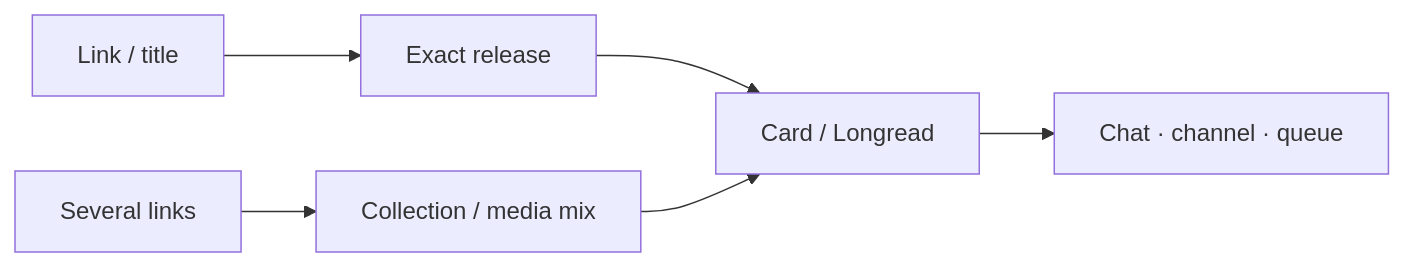
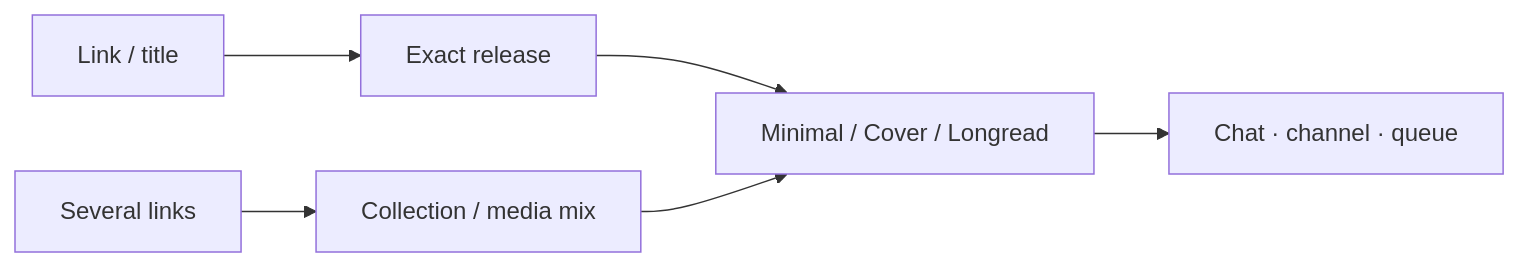
Before and after one commit to StonerHand/stonerhand-soundlinks-bot: the diagram in README.md, drawn with Mermaid. The commit also changed other lines of this file and 30 other files, not shown here.

````diff
--- a/README.md
+++ b/README.md
@@ -50,8 +55,8 @@
 ```mermaid
 flowchart LR
     A["Link / title"] --> B["Exact release"]
     A2["Several links"] --> C["Collection / media mix"]
-    B --> D["Card / Longread"]
+    B --> D["Minimal / Cover / Longread"]
     C --> D
     D --> E["Chat · channel · queue"]
 ```
````
